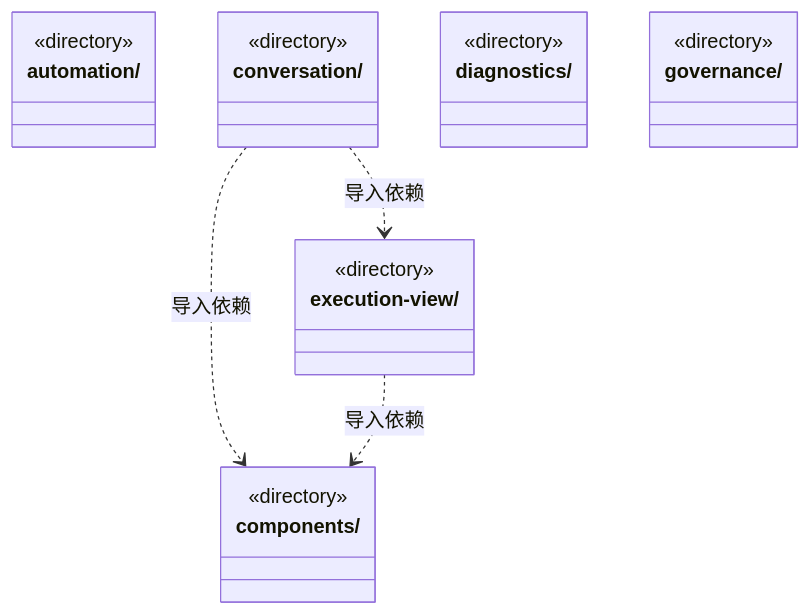
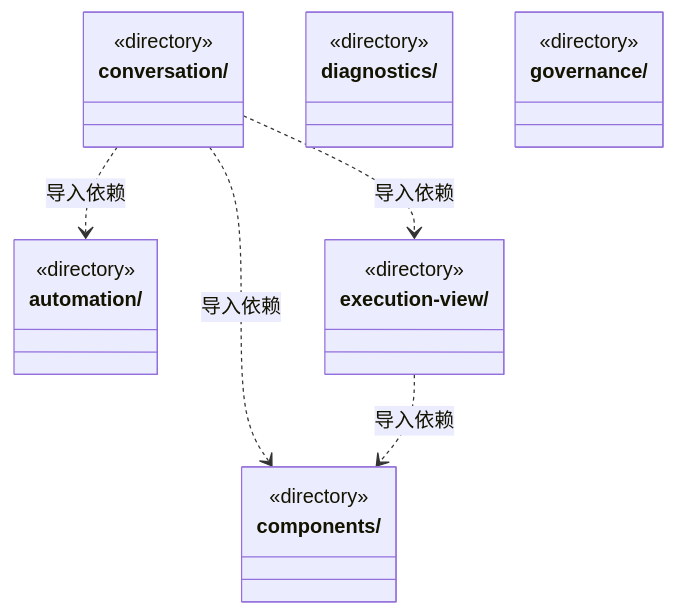
Before and after one commit to nan023062/cbim: the first of 3 diagrams in src/frontend/ARCHITECTURE.md, drawn with Mermaid. The commit also changed other lines of this file and 47 other files, not shown here.

````diff
--- a/src/frontend/ARCHITECTURE.md
+++ b/src/frontend/ARCHITECTURE.md
@@ -17,24 +17,25 @@
 ```mermaid
 classDiagram
 class N_src_frontend_automation["automation/"] {
   <<directory>>
 }
 class N_src_frontend_components["components/"] {
   <<directory>>
 }
 class N_src_frontend_conversation["conversation/"] {
   <<directory>>
 }
 class N_src_frontend_diagnostics["diagnostics/"] {
   <<directory>>
 }
 class N_src_frontend_execution_view["execution-view/"] {
   <<directory>>
 }
 class N_src_frontend_governance["governance/"] {
   <<directory>>
 }
 N_src_frontend_conversation ..> N_src_frontend_components : 导入依赖
+N_src_frontend_conversation ..> N_src_frontend_automation : 导入依赖
 N_src_frontend_conversation ..> N_src_frontend_execution_view : 导入依赖
 N_src_frontend_execution_view ..> N_src_frontend_components : 导入依赖
 ```
````
